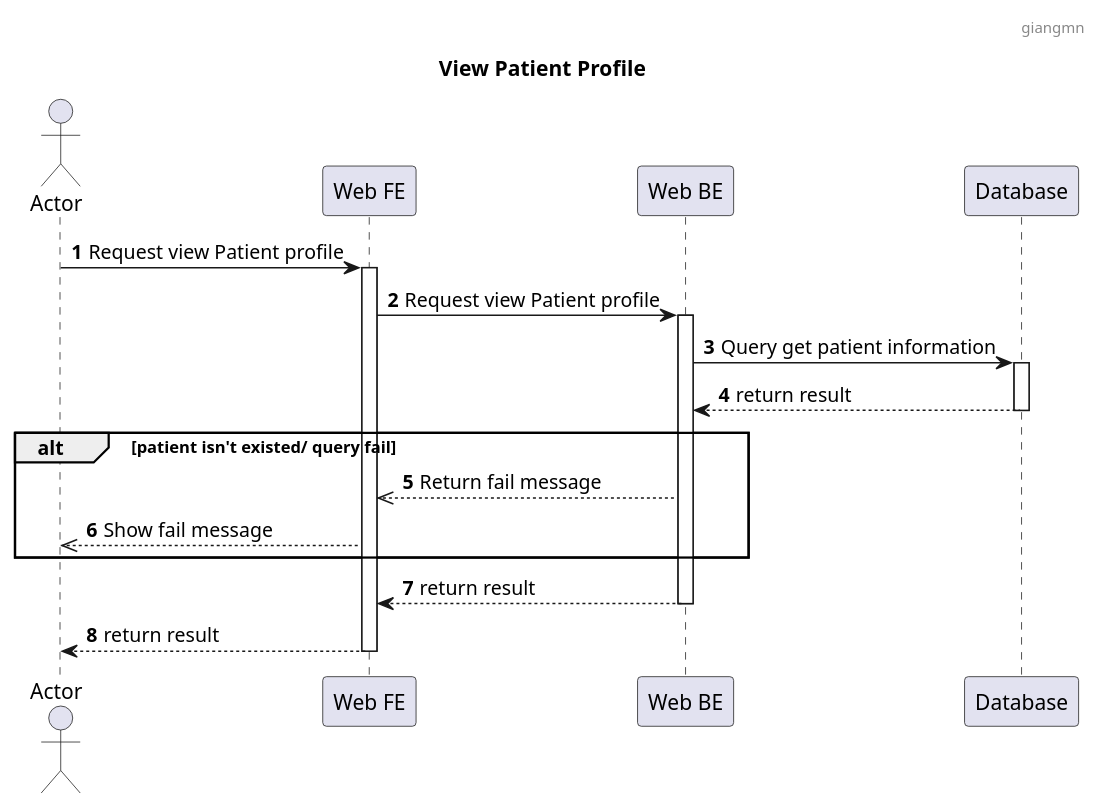
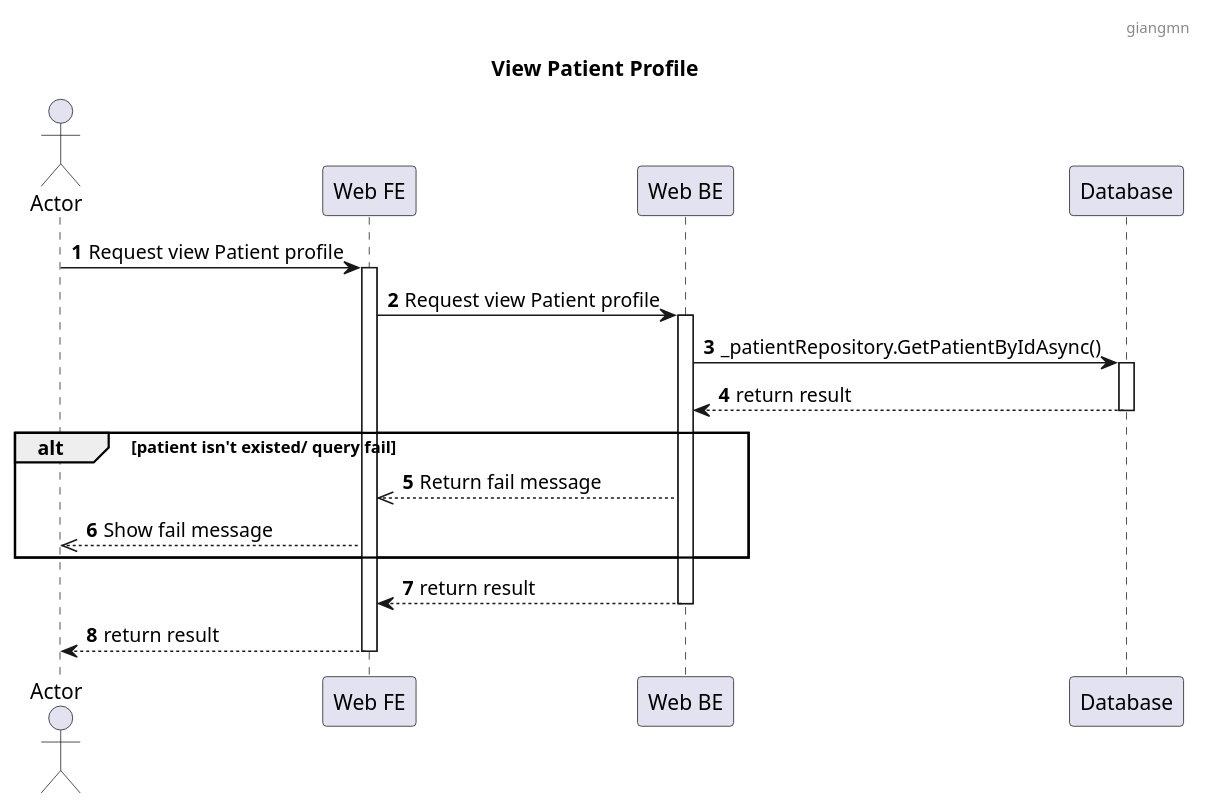
The diagram in Sequence/Patient/Patient Profile.puml (jang1902/SEP490_Sequence), drawn with PlantUML before and after one commit. The commit also changed 10 other files, not shown here.

```diff
--- a/Sequence/Patient/Patient Profile.puml
+++ b/Sequence/Patient/Patient Profile.puml
@@ -1,27 +1,27 @@
 @startuml
 header : giangmn
 title: View Patient Profile
 autonumber
 
 actor "Actor" as a
 participant "Web FE" as fe
 participant "Web BE" as be
 participant "Database" as db
 
 a->fe: Request view Patient profile
 fe++
 fe -> be: Request view Patient profile
 be++
-be -> db: Query get patient information
+be -> db:  _patientRepository.GetPatientByIdAsync()
 db++
 db --> be: return result
 db--
 alt patient isn't existed/ query fail
 be -->> fe: Return fail message
 fe -->> a: Show fail message
 end
 be--> fe: return result
 be--
 fe--> a: return result
 fe--
 @enduml
```
